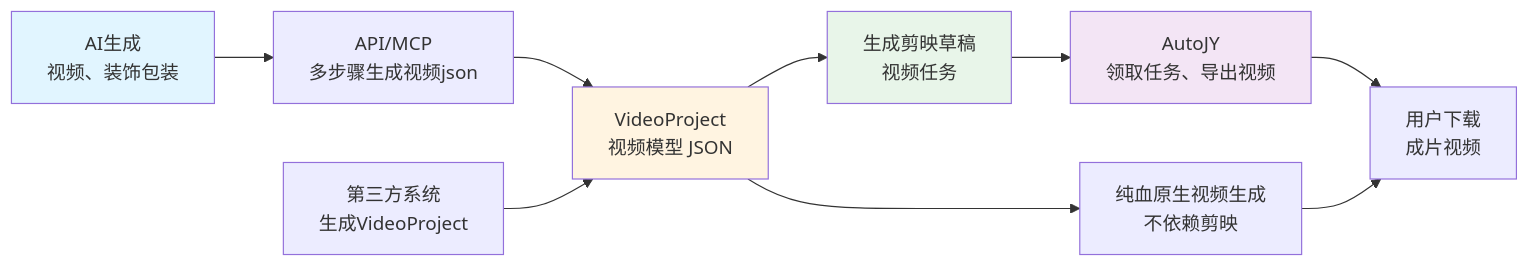
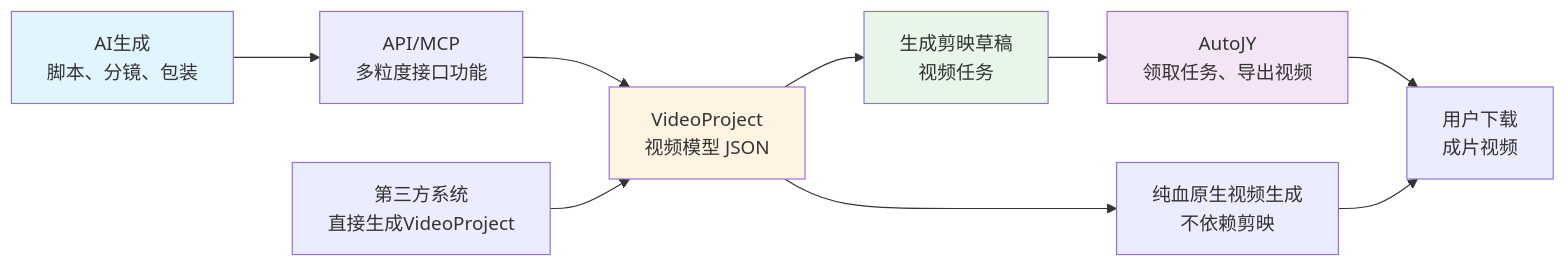
The diagram in README.md (duoec/duo-video), drawn with Mermaid before and after one commit. The commit also changed other lines of this file, not shown here.

````diff
--- a/README.md
+++ b/README.md
@@ -33,16 +37,16 @@
 ```mermaid
 graph LR
-    A[AI生成<br/>视频、装饰包装] --> B[API/MCP<br/>多步骤生成视频json]
+    A[AI生成<br/>脚本、分镜、包装] --> B[API/MCP<br/>多粒度接口功能]
     B --> C[VideoProject<br/>视频模型 JSON]
-    D[第三方系统<br/>生成VideoProject] --> C
+    D[第三方系统<br/>直接生成VideoProject] --> C
     C --> E[生成剪映草稿<br/>视频任务]
     E --> F[AutoJY<br/>领取任务、导出视频]
     F --> G[用户下载<br/>成片视频]
     C --> H[纯血原生视频生成<br/>不依赖剪映]
     H --> G
 
     style A fill:#e1f5ff
     style C fill:#fff4e1
     style E fill:#e8f5e9
     style F fill:#f3e5f5
 ```
````
